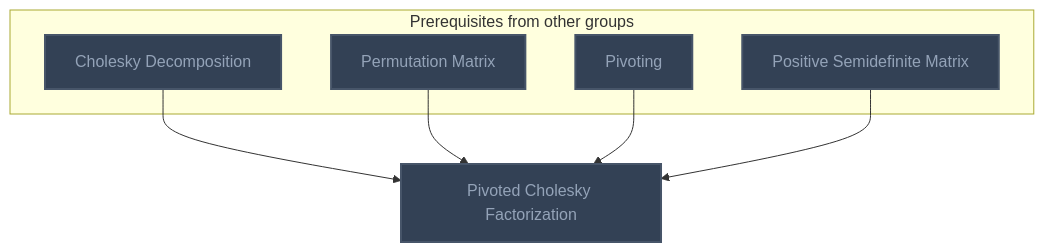
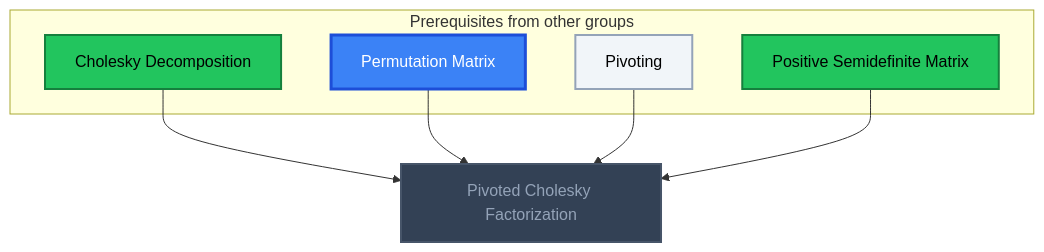
One commit to MRauf1/My-Notes changed the fourth of 6 diagrams in Gamification/Skill Trees/Numerical Analysis.md. Above: the diagram before and after it, drawn with Mermaid. The commit also changed other lines of this file and 145 other files, not shown here.

````diff
--- a/Gamification/Skill Trees/Numerical Analysis.md
+++ b/Gamification/Skill Trees/Numerical Analysis.md
@@ -228,25 +234,28 @@
 ```mermaid
 flowchart TD
     classDef planned fill:#1E293B,stroke:#64748B,stroke-width:2px,stroke-dasharray:5 5,color:#94A3B8;
     classDef locked fill:#334155,stroke:#475569,stroke-width:2px,color:#94A3B8;
     classDef L0 fill:#F1F5F9,stroke:#94A3B8,stroke-width:2px,color:#000000;
     classDef L1 fill:#22C55E,stroke:#15803D,stroke-width:2px,color:#000000;
     classDef L2 fill:#3B82F6,stroke:#1D4ED8,stroke-width:3px,color:#FFFFFF;
     classDef L3 fill:#A855F7,stroke:#6B21A8,stroke-width:3px,color:#FFFFFF,font-weight:bold;
     classDef L4 fill:#F97316,stroke:#C2410C,stroke-width:4px,color:#000000,font-weight:bold;
     classDef L5 fill:#FFD700,stroke:#FF8C00,stroke-width:5px,color:#000000,font-weight:bold;
     classDef rusty stroke:#8B4513,stroke-width:4px,stroke-dasharray:3 3;
     subgraph sg_prereqs["Prerequisites from other groups"]
         n_cholesky_decomposition["Cholesky Decomposition"]
         n_permutation_matrix["Permutation Matrix"]
         n_pivoting["Pivoting"]
         n_positive_semidefinite_matrix["Positive Semidefinite Matrix"]
     end
     n_pivoted_cholesky_factorization["Pivoted Cholesky Factorization"]
     n_cholesky_decomposition --> n_pivoted_cholesky_factorization
     n_permutation_matrix --> n_pivoted_cholesky_factorization
     n_pivoting --> n_pivoted_cholesky_factorization
     n_positive_semidefinite_matrix --> n_pivoted_cholesky_factorization
-    class n_cholesky_decomposition,n_permutation_matrix,n_pivoting,n_positive_semidefinite_matrix,n_pivoted_cholesky_factorization locked;
+    class n_pivoted_cholesky_factorization locked;
+    class n_pivoting L0;
+    class n_cholesky_decomposition,n_positive_semidefinite_matrix L1;
+    class n_permutation_matrix L2;
     class n_cholesky_decomposition,n_permutation_matrix,n_pivoting,n_positive_semidefinite_matrix,n_pivoted_cholesky_factorization internal-link;
 ```
````
